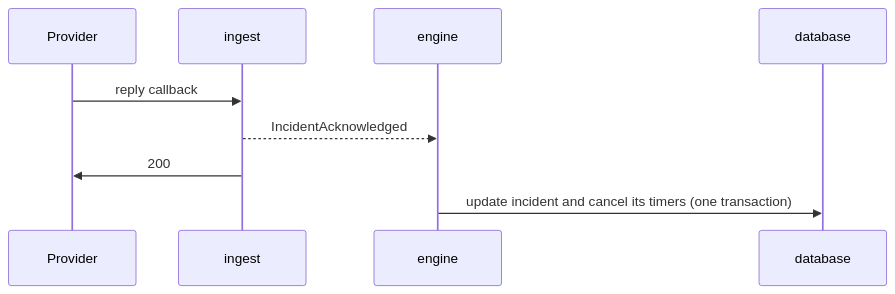
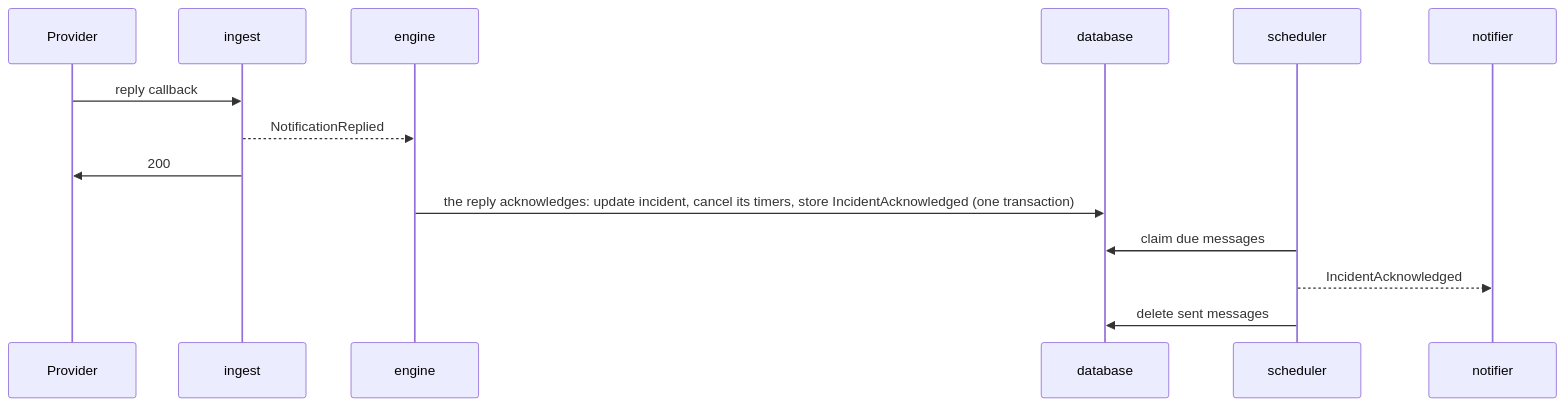
The fifth of 5 diagrams in docs/architecture.md (murphyhq/server), drawn with Mermaid before and after one commit. The commit also changed other lines of this file and 1 other file, not shown here.

First line of the commit message:
feat(incidents): escalate incidents, acknowledge and resolve them, publish through scheduled messages (#40)

````diff
--- a/docs/architecture.md
+++ b/docs/architecture.md
@@ -166,11 +177,16 @@
 ```mermaid
 sequenceDiagram
   participant P as Provider
   participant I as ingest
   participant E as engine
   participant D as database
+  participant S as scheduler
+  participant N as notifier
   P->>I: reply callback
-  I-->>E: IncidentAcknowledged
+  I-->>E: NotificationReplied
   I->>P: 200
-  E->>D: update incident and cancel its timers (one transaction)
+  E->>D: the reply acknowledges: update incident, cancel its timers, store IncidentAcknowledged (one transaction)
+  S->>D: claim due messages
+  S-->>N: IncidentAcknowledged
+  S->>D: delete sent messages
 ```
````
